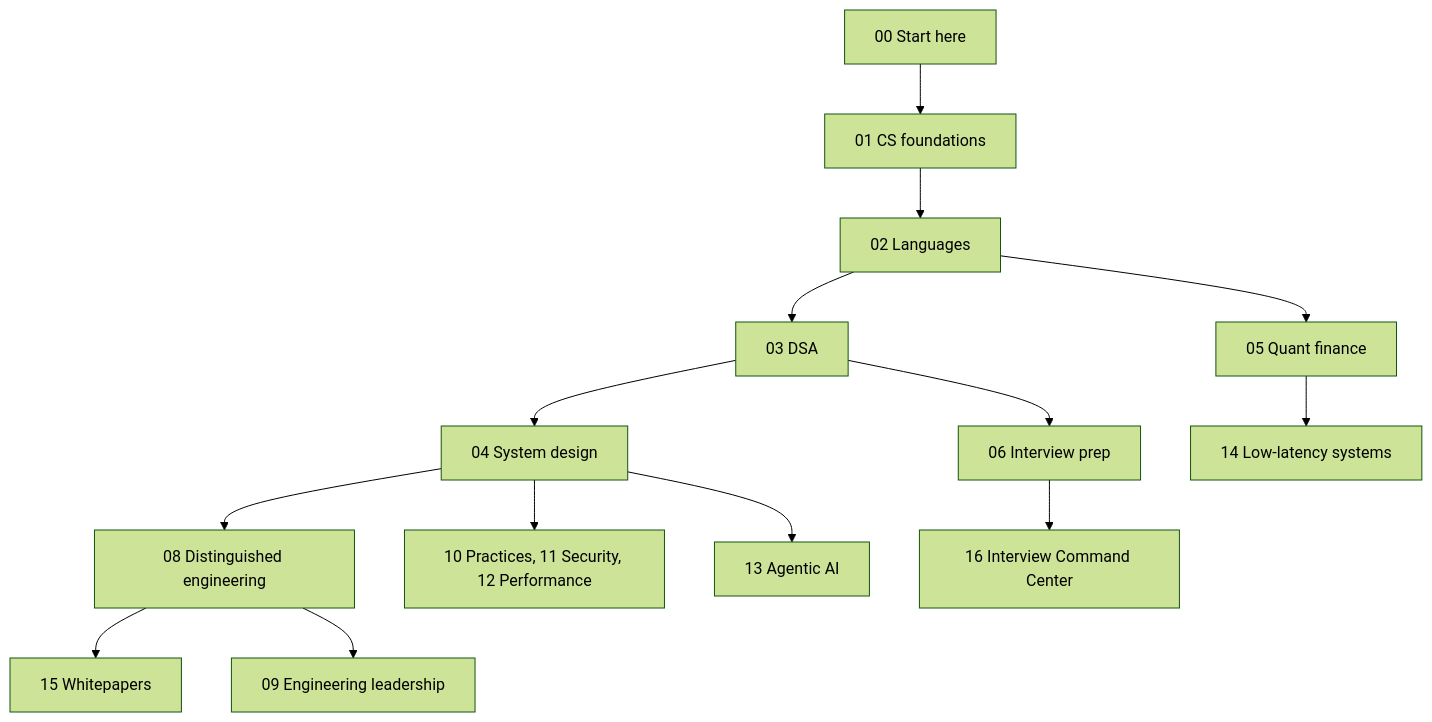
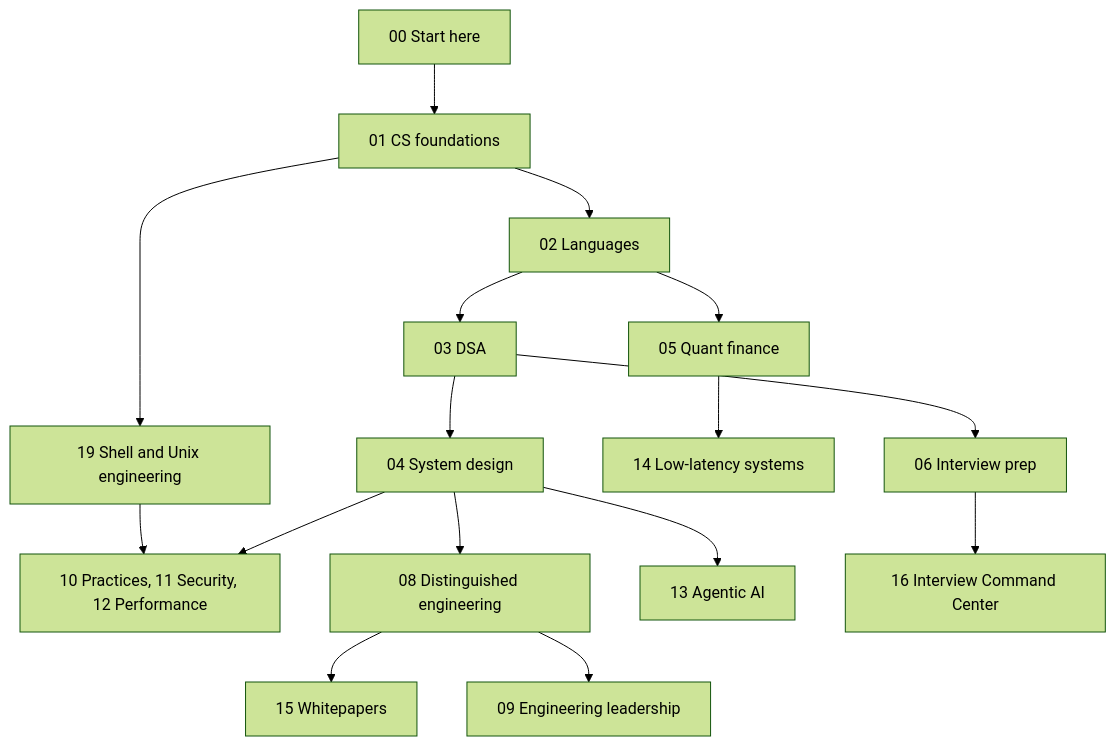
Before and after one commit to shreejitverma/SDE-Interview-Prep: the first of 5 diagrams in 00-Start-Here/Roadmap.md, drawn with Mermaid (forest theme). The commit also changed other lines of this file and 429 other files, not shown here.

First line of the commit message:
feat(vault): add 19-Shell-and-Unix-Engineering atomic-notes knowledge base with a cross-shell lab gate (#78)

````diff
--- a/00-Start-Here/Roadmap.md
+++ b/00-Start-Here/Roadmap.md
@@ -22,16 +22,18 @@
 ```mermaid
 flowchart TD
     Start["00 Start here"] --> Foundations["01 CS foundations"]
     Foundations --> Languages["02 Languages"]
+    Foundations --> Shell["19 Shell and Unix engineering"]
+    Shell --> Practices
     Languages --> DSA["03 DSA"]
     DSA --> Design["04 System design"]
     Design --> Distinguished["08 Distinguished engineering"]
     Distinguished --> Papers["15 Whitepapers"]
     Design --> Practices["10 Practices, 11 Security, 12 Performance"]
     Languages --> Quant["05 Quant finance"]
     Quant --> LowLatency["14 Low-latency systems"]
     Design --> Agentic["13 Agentic AI"]
     DSA --> Interview["06 Interview prep"]
     Interview --> Command["16 Interview Command Center"]
     Distinguished --> Leadership["09 Engineering leadership"]
 ```
````
